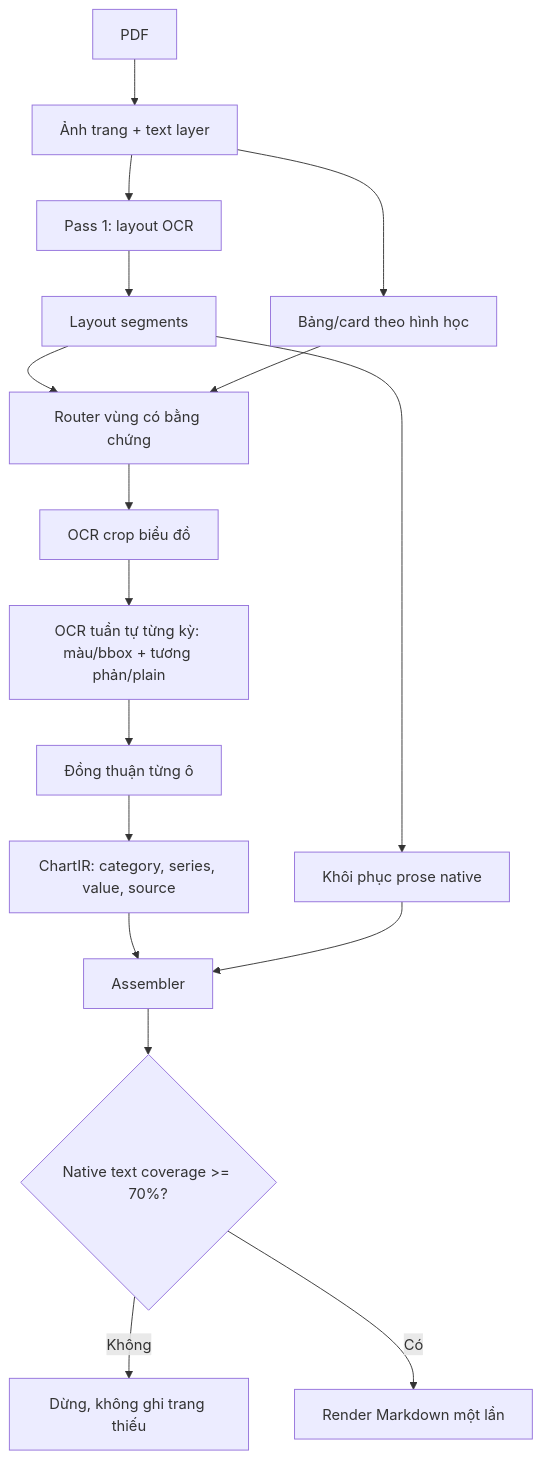
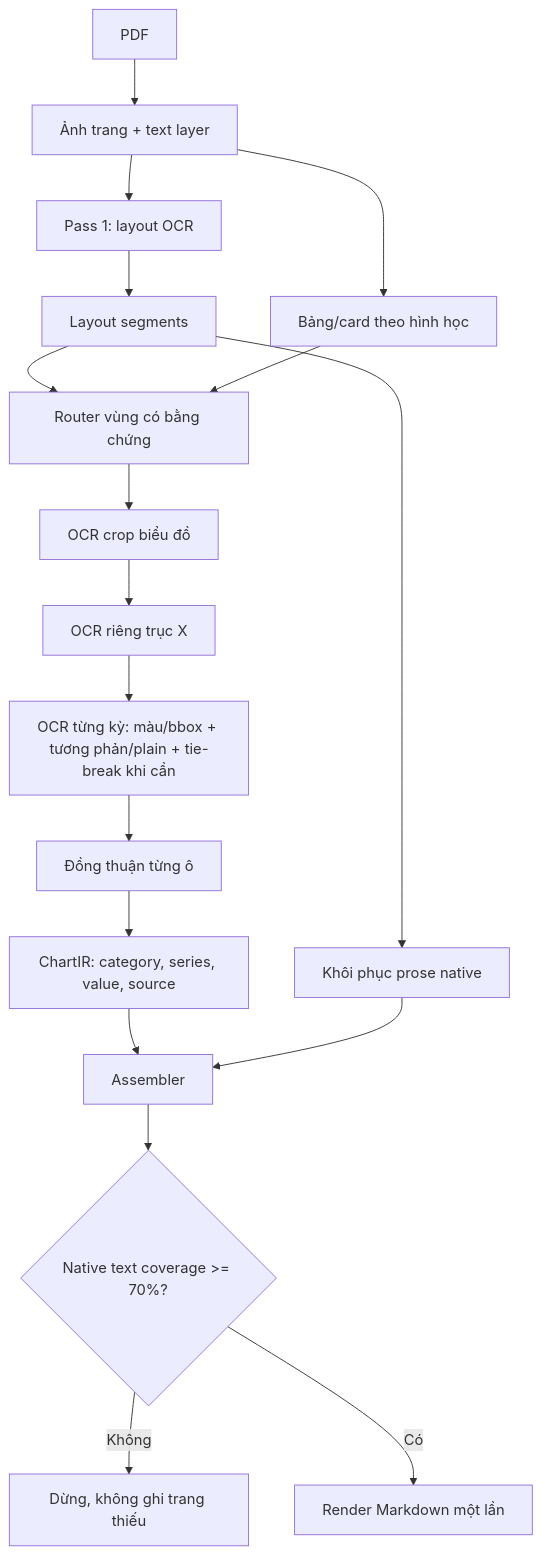
One commit to qphuc-henry/NEMOTRON_PARSE changed the diagram in OCR_USAGE.md. Above: the diagram before and after it, drawn with Mermaid. The commit also changed other lines of this file and 2 other files, not shown here.

Commit message:
Improve chart detection and OCR data extraction

````diff
--- a/OCR_USAGE.md
+++ b/OCR_USAGE.md
@@ -41,19 +45,20 @@
 ```mermaid
 flowchart TD
     A[PDF] --> B[Ảnh trang + text layer]
     B --> C[Pass 1: layout OCR]
     C --> D[Layout segments]
     B --> E[Bảng/card theo hình học]
     D --> F[Router vùng có bằng chứng]
     E --> F
     F --> G[OCR crop biểu đồ]
-    G --> H[OCR tuần tự từng kỳ: màu/bbox + tương phản/plain]
-    H --> I[Đồng thuận từng ô]
-    I --> J[ChartIR: category, series, value, source]
+    G --> H[OCR riêng trục X]
+    H --> I[OCR từng kỳ: màu/bbox + tương phản/plain + tie-break khi cần]
+    I --> J[Đồng thuận từng ô]
+    J --> P[ChartIR: category, series, value, source]
     D --> K[Khôi phục prose native]
-    J --> L[Assembler]
+    P --> L[Assembler]
     K --> L
     L --> M{Native text coverage >= 70%?}
     M -->|Không| N[Dừng, không ghi trang thiếu]
     M -->|Có| O[Render Markdown một lần]
 ```
````
